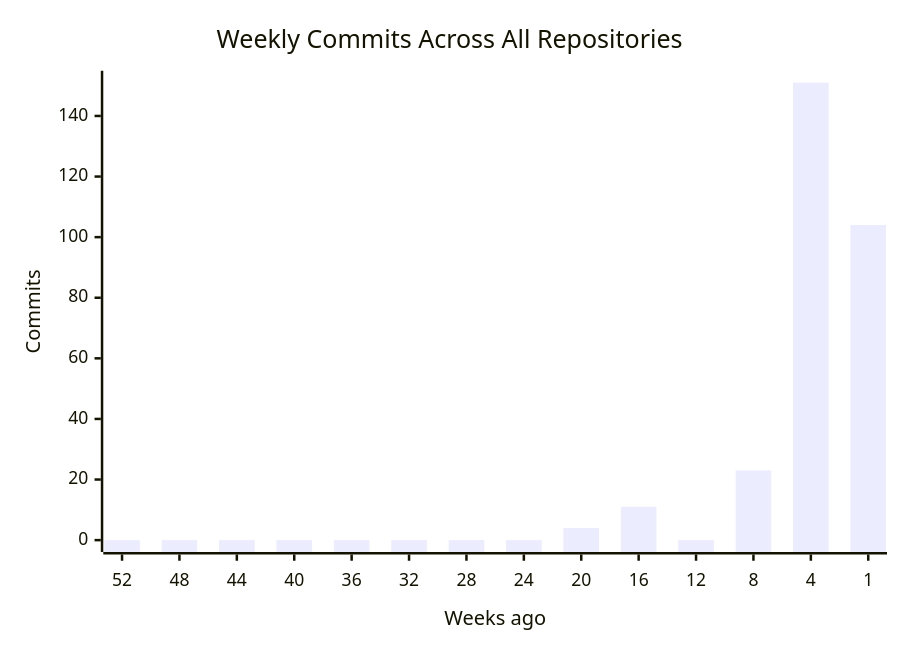
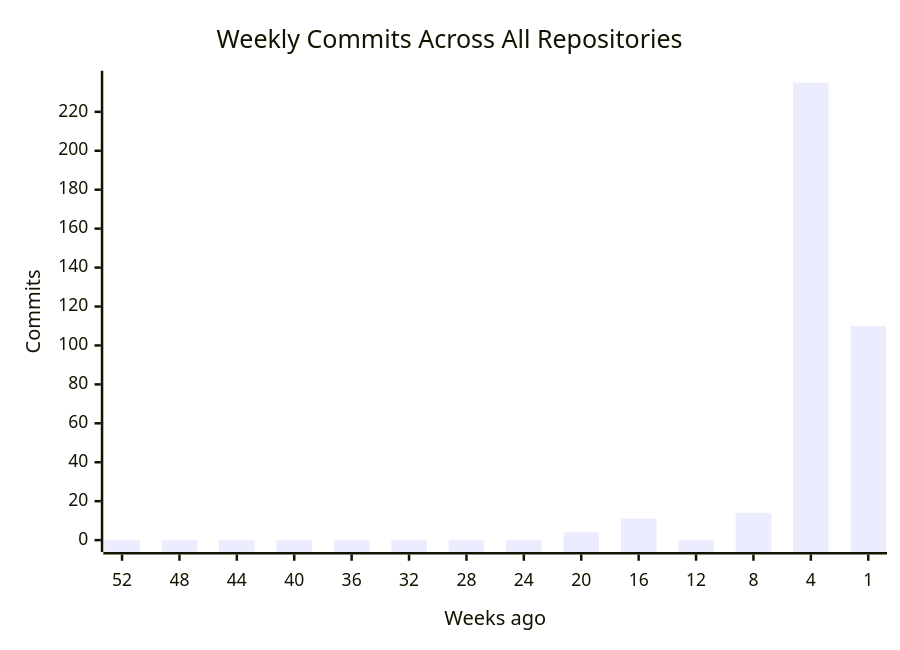
Before and after one commit to CSTH-Projects/.github: the first of 4 diagrams in profile/README.md, drawn with Mermaid. The commit also changed other lines of this file, not shown here.

````diff
--- a/profile/README.md
+++ b/profile/README.md
@@ -16,7 +16,7 @@
 ```mermaid
 xychart-beta
     title "Weekly Commits Across All Repositories"
     x-axis "Weeks ago" [52, 48, 44, 40, 36, 32, 28, 24, 20, 16, 12, 8, 4, 1]
     y-axis "Commits"
-    bar [0, 0, 0, 0, 0, 0, 0, 0, 4, 11, 0, 23, 151, 104]
+    bar [0, 0, 0, 0, 0, 0, 0, 0, 4, 11, 0, 14, 235, 110]
 ```
````
